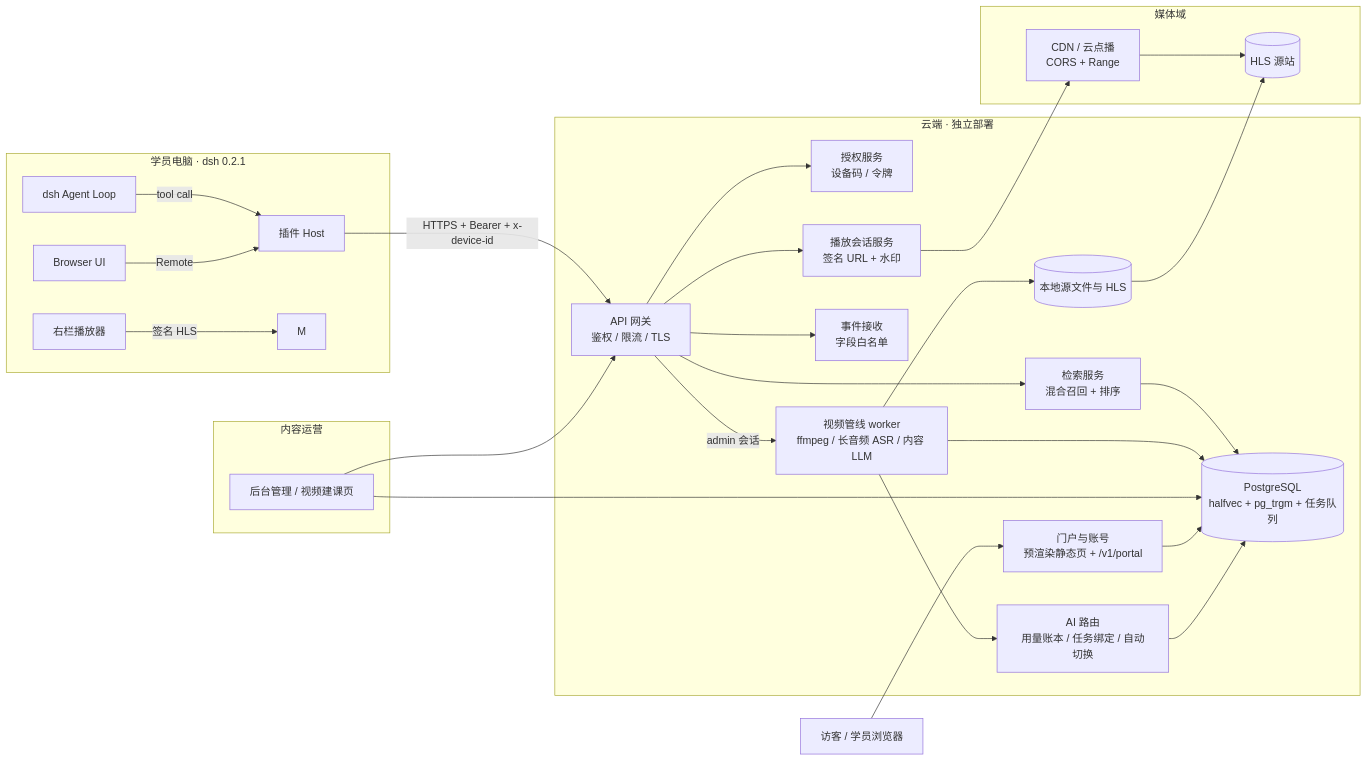
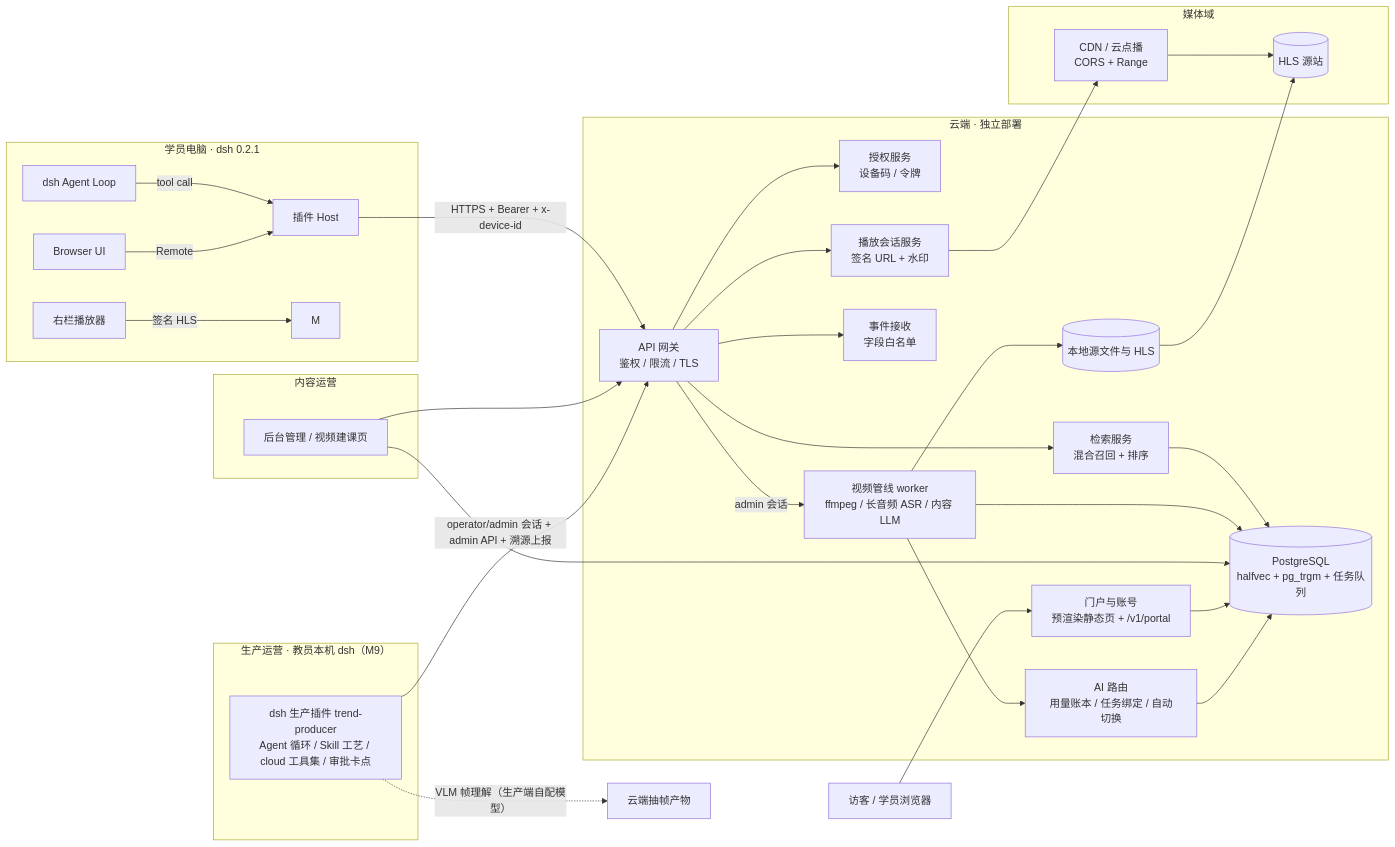
The first of 4 diagrams in docs/architecture/architecture-design.md (domonic18/trend-coach-cloud), drawn with Mermaid before and after one commit. The commit also changed other lines of this file, not shown here.

First line of the commit message:
docs(arch): v0.7 目标架构总纲——生产大脑外置 dsh 插件、语料级模型与六阶段流程

````diff
--- a/docs/architecture/architecture-design.md
+++ b/docs/architecture/architecture-design.md
@@ -39,49 +45,55 @@
 ```mermaid
 flowchart LR
   subgraph Local["学员电脑 · dsh 0.2.1"]
     A[dsh Agent Loop] -->|tool call| H[插件 Host]
     U[Browser UI] -->|Remote| H
     P[右栏播放器] -->|签名 HLS| M
   end
 
   subgraph Cloud["云端 · 独立部署"]
     API[API 网关<br/>鉴权 / 限流 / TLS]
     AUTH[授权服务<br/>设备码 / 令牌]
     KB[检索服务<br/>混合召回 + 排序]
     PB[播放会话服务<br/>签名 URL + 水印]
     DB[(PostgreSQL<br/>halfvec + pg_trgm + 任务队列)]
     EV[事件接收<br/>字段白名单]
     PIPE[视频管线 worker<br/>ffmpeg / 长音频 ASR / 内容 LLM]
     STORE[(本地源文件与 HLS)]
     PORTAL[门户与账号<br/>预渲染静态页 + /v1/portal]
     AIOPS[AI 路由<br/>用量账本 / 任务绑定 / 自动切换]
   end
 
   subgraph Media["媒体域"]
     CDN[CDN / 云点播<br/>CORS + Range]
     OBJ[(HLS 源站)]
   end
 
   subgraph Ops["内容运营"]
     ADM[后台管理 / 视频建课页]
   end
 
+  subgraph Producer["生产运营 · 教员本机 dsh（M9）"]
+    PROD[dsh 生产插件 trend-producer<br/>Agent 循环 / Skill 工艺 / cloud 工具集 / 审批卡点]
+  end
+
   H -->|HTTPS + Bearer + x-device-id| API
   API --> AUTH
   API --> KB
   API --> PB
   API --> EV
   API -->|admin 会话| PIPE
   KB --> DB
   PB --> CDN
   CDN --> OBJ
   PIPE --> DB
   PIPE --> STORE
   STORE --> OBJ
   ADM --> API
   ADM --> DB
   VIS[访客 / 学员浏览器] --> PORTAL
   PORTAL --> DB
   PIPE --> AIOPS
   AIOPS --> DB
+  PROD -->|operator/admin 会话 + admin API + 溯源上报| API
+  PROD -.->|VLM 帧理解（生产端自配模型）| FRAMES[云端抽帧产物]
 ```
````
